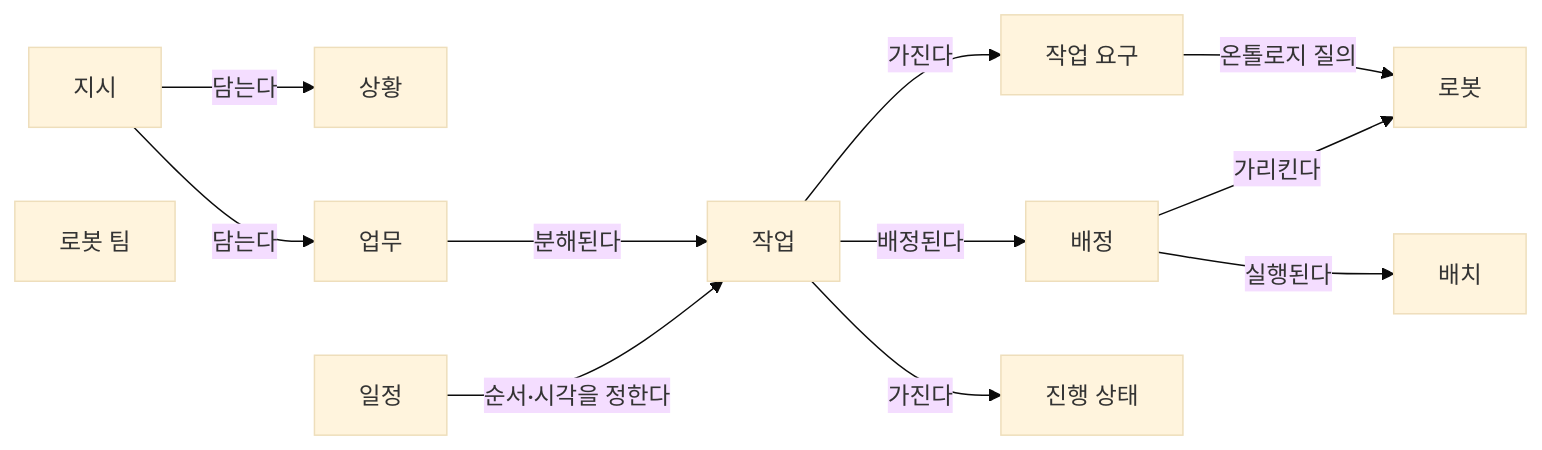
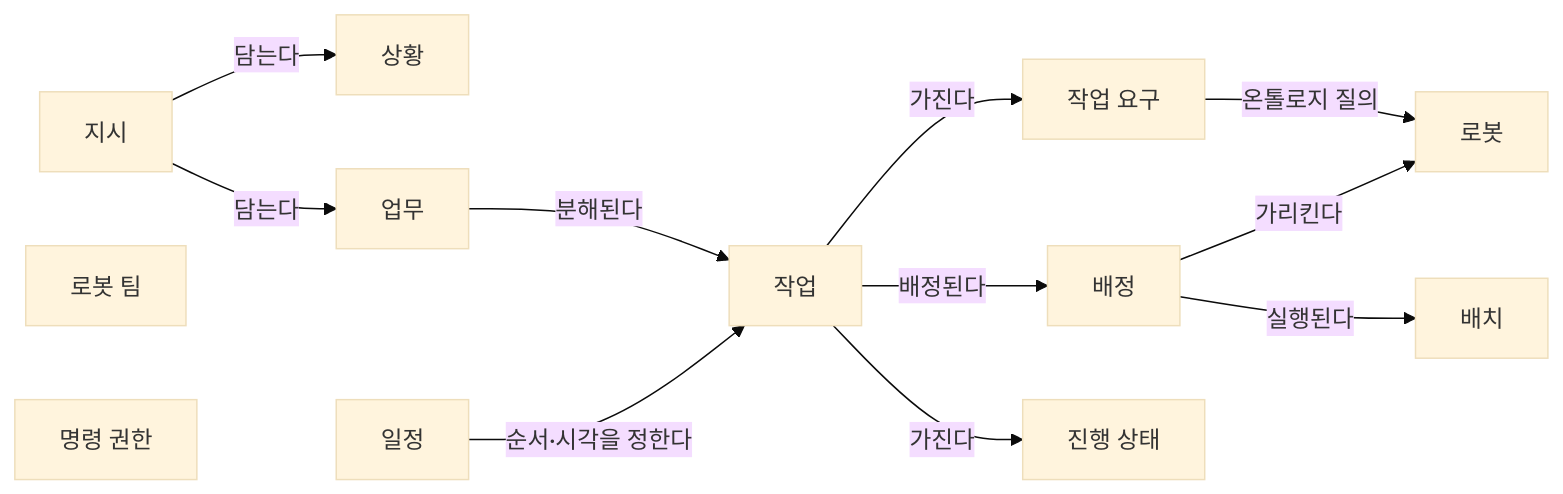
One commit to MJKIM84/ai-hub changed the diagram in rop-wiki/docs/tracks/nl-task-chatbot/task-model-draft.md. Above: the diagram before and after it, drawn with Mermaid (base theme). The commit also changed other lines of this file and 61 other files, not shown here.

````diff
--- a/rop-wiki/docs/tracks/nl-task-chatbot/task-model-draft.md
+++ b/rop-wiki/docs/tracks/nl-task-chatbot/task-model-draft.md
@@ -77,14 +85,15 @@
 ```mermaid
 flowchart LR
-  instr["지시"] -->|"담는다"| situ["상황"]
-  instr -->|"담는다"| job["업무"]
-  job -->|"분해된다"| task["작업"]
-  task -->|"가진다"| req["작업 요구"]
-  req -->|"온톨로지 질의"| robot["로봇"]
-  task -->|"배정된다"| assign["배정"]
-  assign -->|"가리킨다"| robot
-  assign -->|"실행된다"| dispatch["배치"]
-  sched["일정"] -->|"순서·시각을 정한다"| task
-  task -->|"가진다"| prog["진행 상태"]
-  team["로봇 팀"]
+  instr[지시] -->|담는다| situ[상황]
+  instr -->|담는다| job[업무]
+  job -->|분해된다| task[작업]
+  task -->|가진다| req[작업 요구]
+  req -->|온톨로지 질의| robot[로봇]
+  task -->|배정된다| assign[배정]
+  assign -->|가리킨다| robot
+  assign -->|실행된다| dispatch[배치]
+  sched[일정] -->|순서·시각을 정한다| task
+  task -->|가진다| prog[진행 상태]
+  team[로봇 팀]
+  auth[명령 권한]
 ```
````
